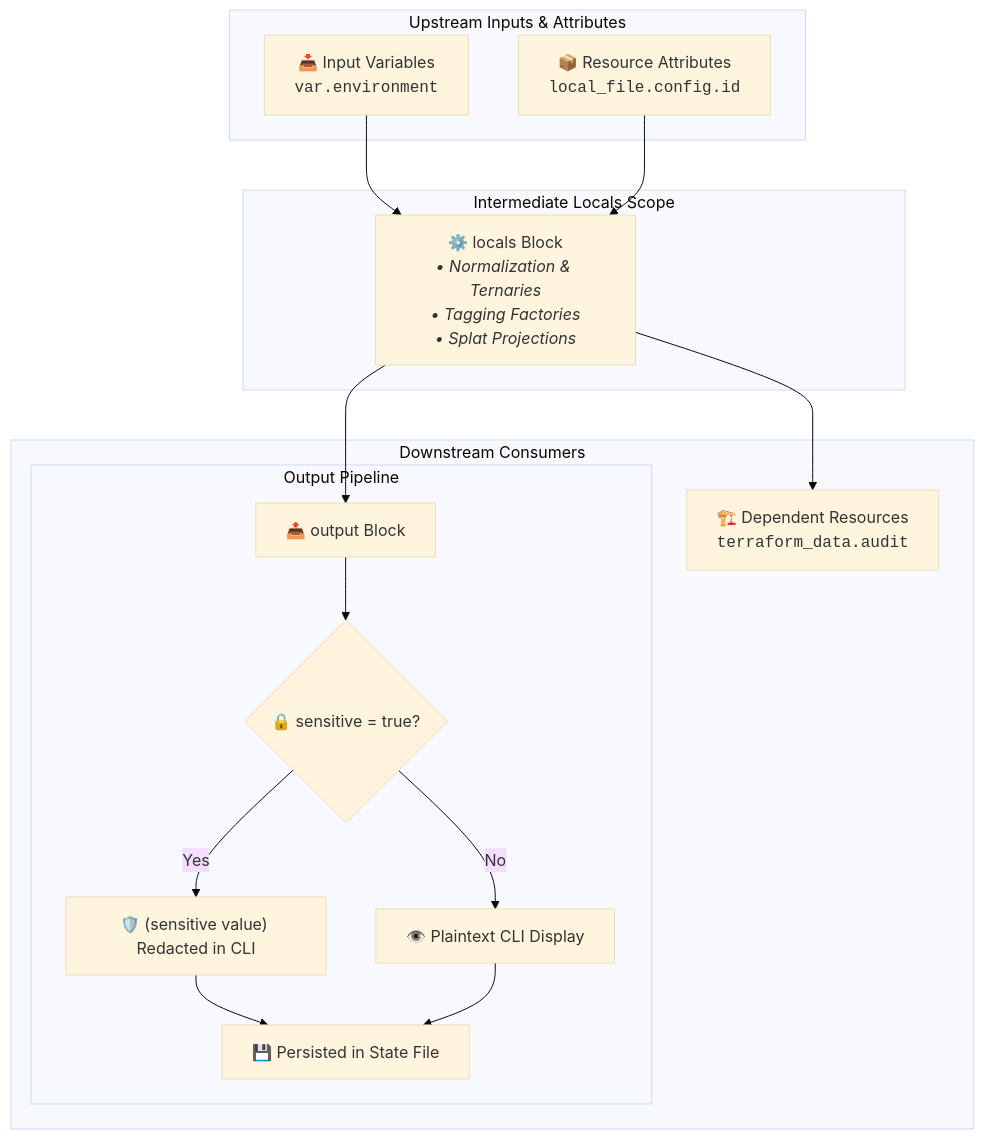
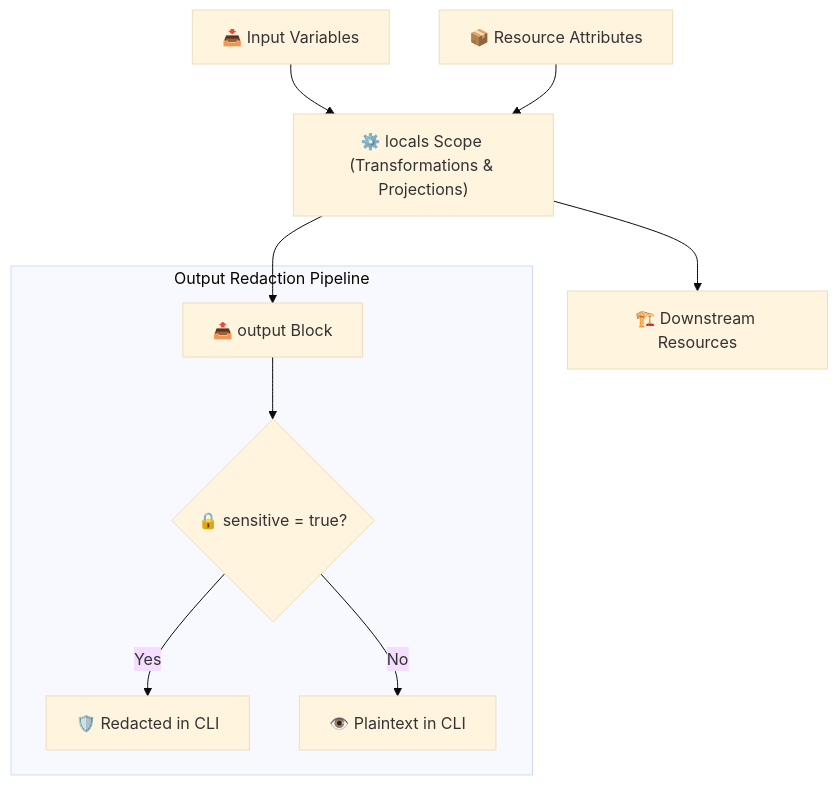
The diagram in docs/guides/03-outputs-locals.md (dnf0/terralings), drawn with Mermaid (base theme) before and after one commit. The commit also changed other lines of this file and 18 other files, not shown here.

First line of the commit message:
docs(guides): simplify mermaid diagrams and add conceptual breakdowns (#24)

````diff
--- a/docs/guides/03-outputs-locals.md
+++ b/docs/guides/03-outputs-locals.md
@@ -17,32 +17,14 @@
 ```mermaid
 flowchart TD
-    subgraph Upstream["Upstream Inputs & Attributes"]
-        Vars["📥 Input Variables<br/><code>var.environment</code>"]
-        Attrs["📦 Resource Attributes<br/><code>local_file.config.id</code>"]
+    Vars["📥 Input Variables"] --> Locals["⚙️ locals Scope (Transformations & Projections)"]
+    Attrs["📦 Resource Attributes"] --> Locals
+    
+    Locals --> Resources["🏗️ Downstream Resources"]
+    Locals --> Outputs["📤 output Block"]
+    
+    subgraph OutputMasking["Output Redaction Pipeline"]
+        Outputs --> Sensitive{"🔒 sensitive = true?"}
+        Sensitive -->|"Yes"| Masked["🛡️ Redacted in CLI"]
+        Sensitive -->|"No"| Plain["👁️ Plaintext in CLI"]
     end
-
-    subgraph Intermediate["Intermediate Locals Scope"]
-        Locals["⚙️ locals Block<br/><i>• Normalization & Ternaries<br/>• Tagging Factories<br/>• Splat Projections</i>"]
-    end
-
-    subgraph Downstream["Downstream Consumers"]
-        Resources["🏗️ Dependent Resources<br/><code>terraform_data.audit</code>"]
-        
-        subgraph OutputsPipe["Output Pipeline"]
-            RawOut["📤 output Block"]
-            SensCheck{"🔒 sensitive = true?"}
-            Masked["🛡️ (sensitive value) Redacted in CLI"]
-            Plain["👁️ Plaintext CLI Display"]
-            StatePersist["💾 Persisted in State File"]
-            
-            RawOut --> SensCheck
-            SensCheck -->|"Yes"| Masked --> StatePersist
-            SensCheck -->|"No"| Plain --> StatePersist
-        end
-    end
-
-    Vars --> Locals
-    Attrs --> Locals
-    Locals --> Resources
-    Locals --> RawOut
 ```
````
